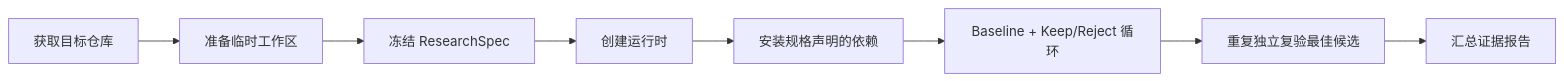
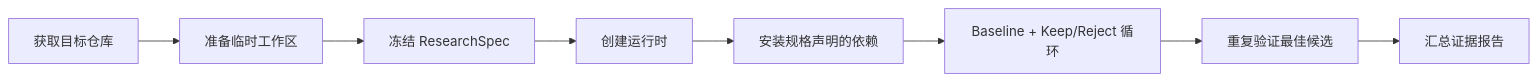
The diagram in scholar-agent/docs/autoresearch/01_product_workflow.md (yu-xin-c/Sea-mult-agent), drawn with Mermaid before and after one commit. The commit also changed other lines of this file and 81 other files, not shown here.

````diff
--- a/scholar-agent/docs/autoresearch/01_product_workflow.md
+++ b/scholar-agent/docs/autoresearch/01_product_workflow.md
@@ -26,10 +28,10 @@
 ```mermaid
 flowchart LR
     R["获取目标仓库"] --> W["准备临时工作区"]
     W --> S["冻结 ResearchSpec"]
     S --> E["创建运行时"]
     E --> I["安装规格声明的依赖"]
     I --> L["Baseline + Keep/Reject 循环"]
-    L --> V["重复独立复验最佳候选"]
+    L --> V["重复验证最佳候选"]
     V --> P["汇总证据报告"]
 ```
````
